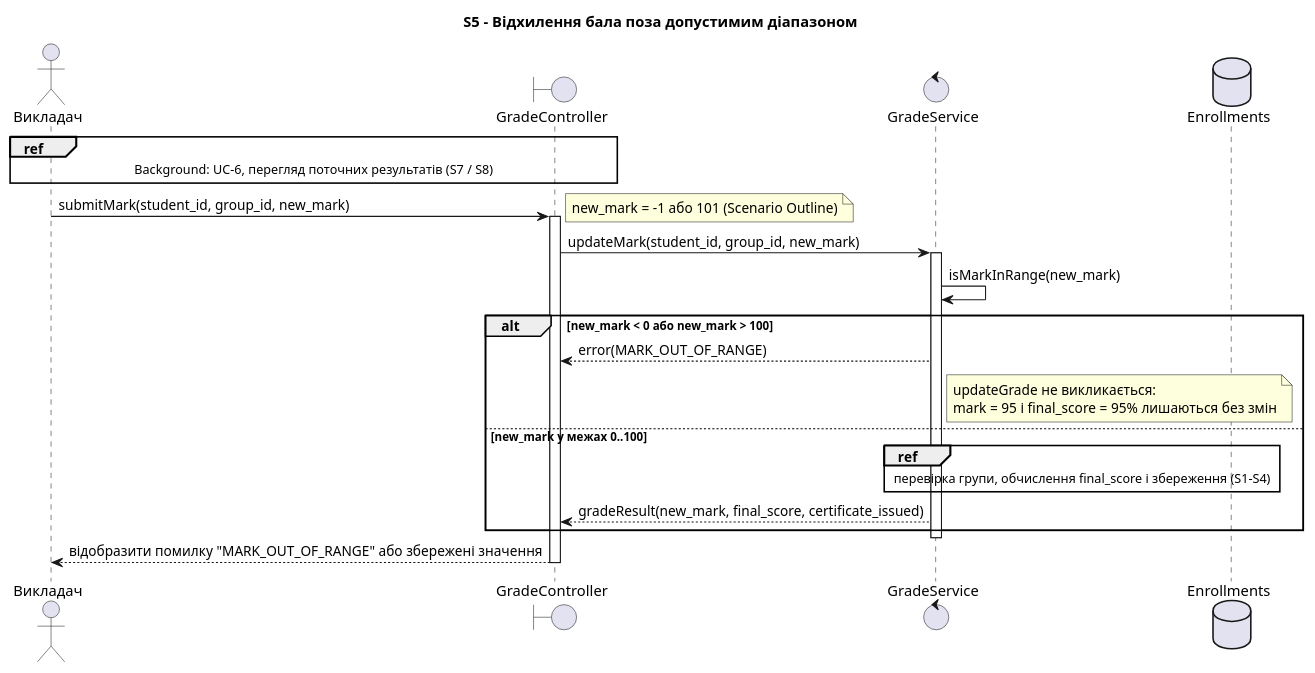
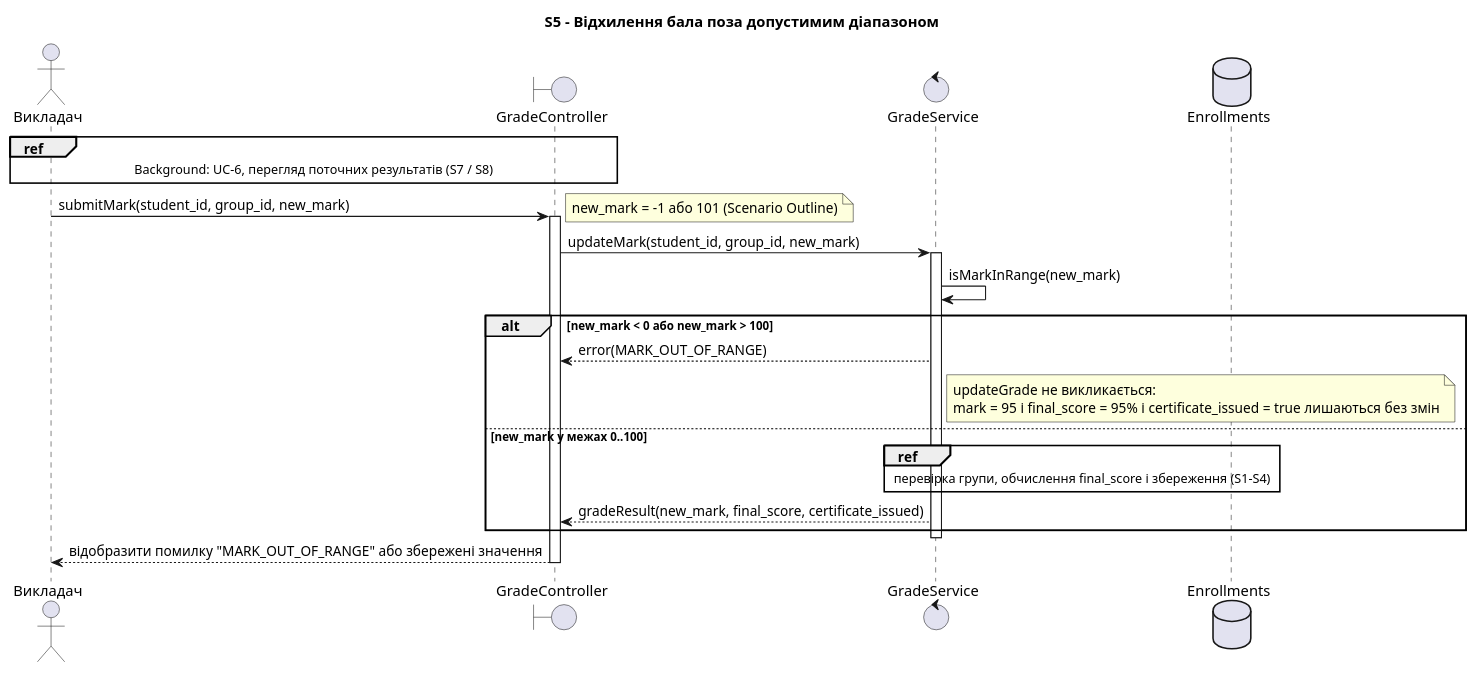
One commit to ka1tya/KPI changed the fifth of 8 diagrams in lab3/sequence-diagrams.puml. Above: the diagram before and after it, drawn with PlantUML. The commit also changed other lines of this file and 1 other file, not shown here.

```diff
--- a/lab3/sequence-diagrams.puml
+++ b/lab3/sequence-diagrams.puml
@@ -185,28 +185,28 @@
 @startuml S5
  title S5 - Відхилення бала поза допустимим діапазоном
 
  actor "Викладач" as Teacher
  boundary "GradeController" as Controller
  control "GradeService" as GradeService
  database "Enrollments" as Enrollments
  
  ref over Teacher, Controller : Background: UC-6, перегляд поточних результатів (S7 / S8)
 
  Teacher -> Controller : submitMark(student_id, group_id, new_mark)
  note right : new_mark = -1 або 101 (Scenario Outline)
  activate Controller
  Controller -> GradeService : updateMark(student_id, group_id, new_mark)
  activate GradeService
 
  GradeService -> GradeService : isMarkInRange(new_mark)
  alt new_mark < 0 або new_mark > 100
    GradeService --> Controller : error(MARK_OUT_OF_RANGE)
-   note right of GradeService : updateGrade не викликається:\nmark = 95 і final_score = 95% лишаються без змін
+   note right of GradeService : updateGrade не викликається:\nmark = 95 і final_score = 95% і certificate_issued = true лишаються без змін
  else new_mark у межах 0..100
    ref over GradeService, Enrollments : перевірка групи, обчислення final_score і збереження (S1-S4)
    GradeService --> Controller : gradeResult(new_mark, final_score, certificate_issued)
  end
  deactivate GradeService
  Controller --> Teacher : відобразити помилку "MARK_OUT_OF_RANGE" або збережені значення
  deactivate Controller
 @enduml
```
